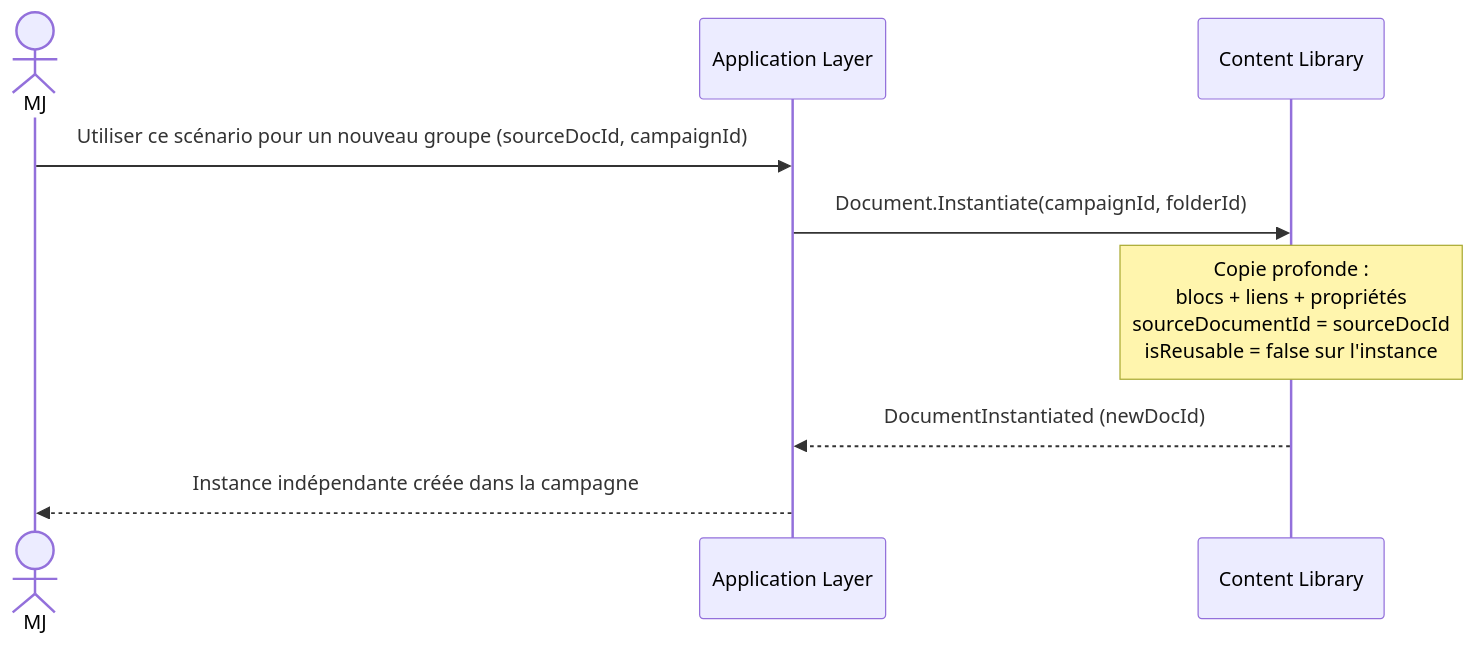
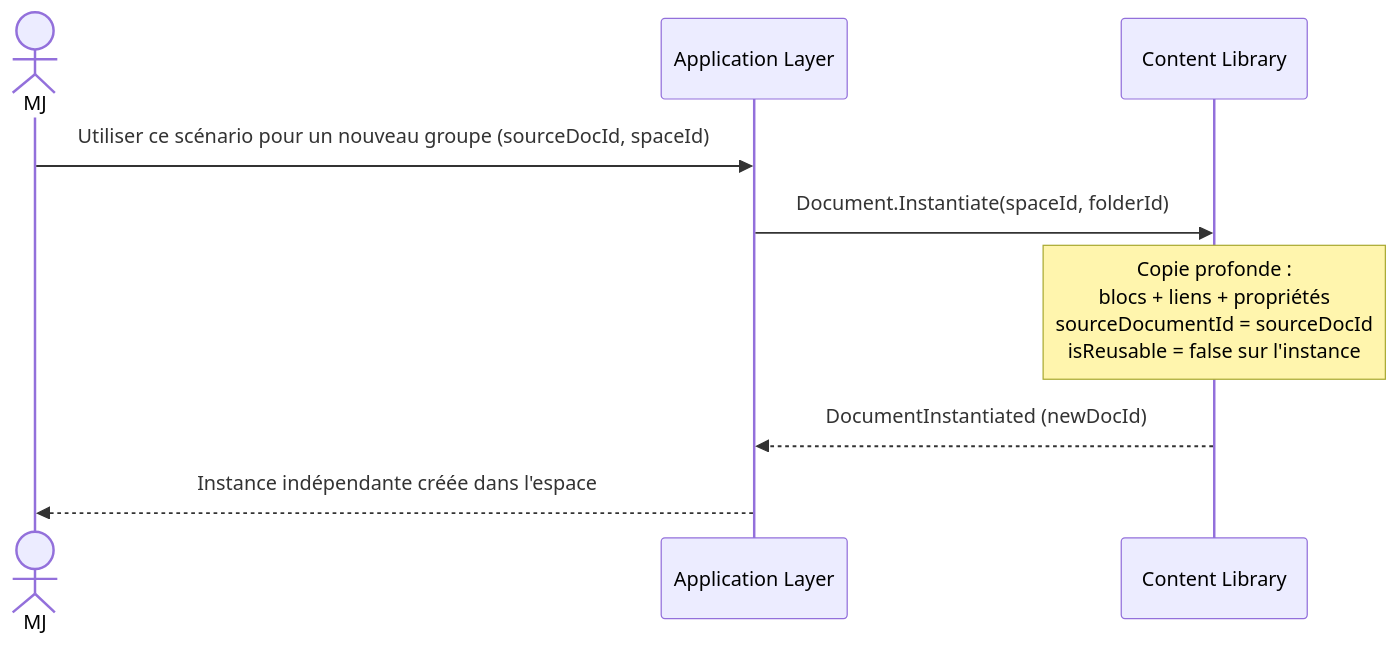
The fifth of 8 diagrams in docs/conception/domain/diagrams/flows/content-library.md (2025-10-CDA-ECO-P6/PM-micro-saas), drawn with Mermaid before and after one commit. The commit also changed other lines of this file and 68 other files, not shown here.

First line of the commit message:
docs(corpus): renomme Campaign en Space et ajoute les spécifications techniques

````diff
--- a/docs/conception/domain/diagrams/flows/content-library.md
+++ b/docs/conception/domain/diagrams/flows/content-library.md
@@ -75,12 +75,12 @@
 ```mermaid
 sequenceDiagram
     actor MJ
     participant App as Application Layer
     participant CL as Content Library
 
-    MJ->>App: Utiliser ce scénario pour un nouveau groupe (sourceDocId, campaignId)
-    App->>CL: Document.Instantiate(campaignId, folderId)
+    MJ->>App: Utiliser ce scénario pour un nouveau groupe (sourceDocId, spaceId)
+    App->>CL: Document.Instantiate(spaceId, folderId)
     Note over CL: Copie profonde :<br/>blocs + liens + propriétés<br/>sourceDocumentId = sourceDocId<br/>isReusable = false sur l'instance
     CL-->>App: DocumentInstantiated (newDocId)
-    App-->>MJ: Instance indépendante créée dans la campagne
+    App-->>MJ: Instance indépendante créée dans l'espace
 ```
````
